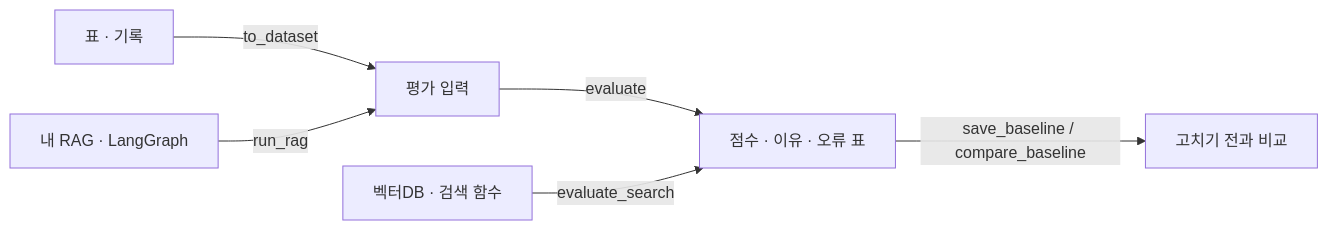
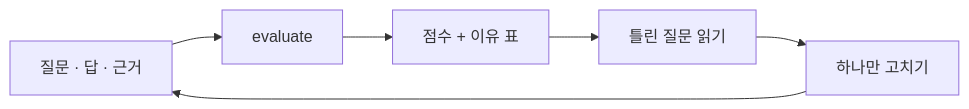
Before and after one commit to YTH-Public/kgonto-rag-eval: the diagram in README.md, drawn with Mermaid. The commit also changed other lines of this file and 8 other files, not shown here.

````diff
--- a/README.md
+++ b/README.md
@@ -8,8 +110,8 @@
 ```mermaid
 flowchart LR
-    A["표 · 기록"] -->|to_dataset| D["평가 입력"]
-    B["내 RAG · LangGraph"] -->|run_rag| D
-    D -->|evaluate| R["점수 · 이유 · 오류 표"]
-    C["벡터DB · 검색 함수"] -->|evaluate_search| R
-    R -->|save_baseline / compare_baseline| G["고치기 전과 비교"]
+    A["질문 · 답 · 근거"] --> B["evaluate"]
+    B --> C["점수 + 이유 표"]
+    C --> D["틀린 질문 읽기"]
+    D --> E["하나만 고치기"]
+    E --> A
 ```
````
